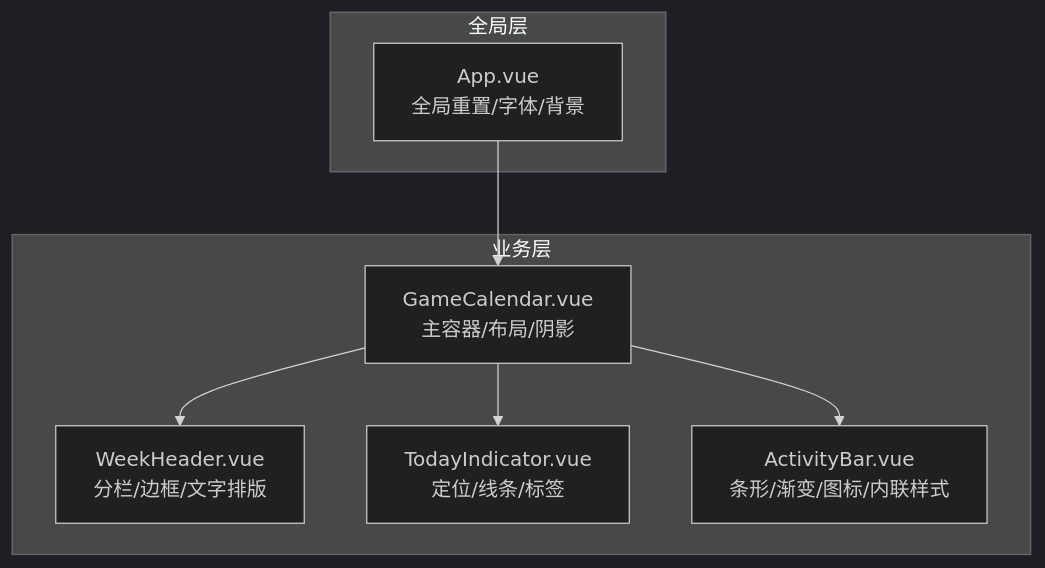
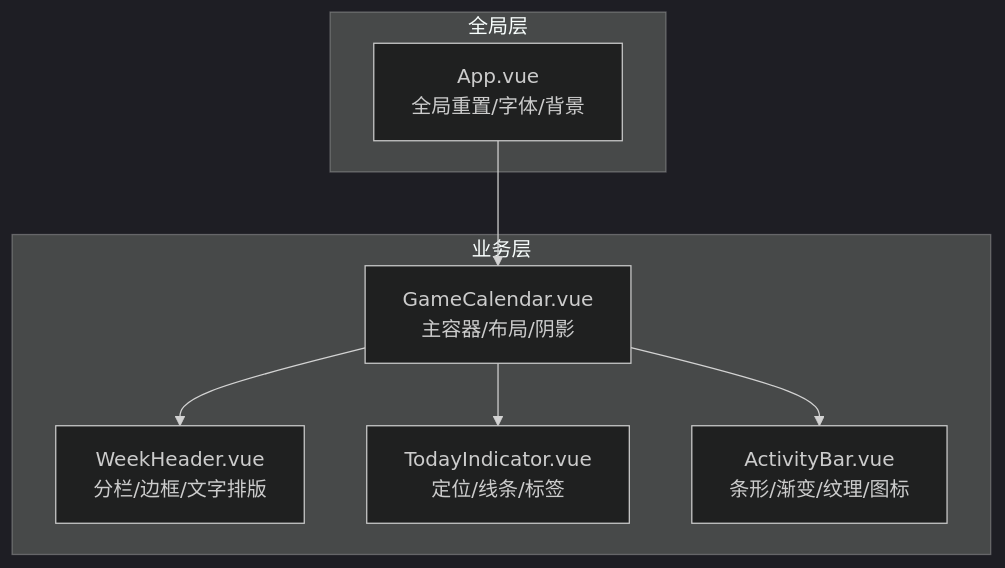
Before and after one commit to xuanyulingnfeg/gameCalendar: the second of 5 diagrams in .qoder/repowiki/zh/content/样式系统.md, drawn with Mermaid (dark theme). The commit also changed other lines of this file and 7 other files, not shown here.

````diff
--- a/.qoder/repowiki/zh/content/样式系统.md
+++ b/.qoder/repowiki/zh/content/样式系统.md
@@ -84,16 +98,16 @@
 ```mermaid
 graph TB
 subgraph "全局层"
 G1["App.vue<br/>全局重置/字体/背景"]
 end
 subgraph "业务层"
 C1["GameCalendar.vue<br/>主容器/布局/阴影"]
 C2["WeekHeader.vue<br/>分栏/边框/文字排版"]
 C3["TodayIndicator.vue<br/>定位/线条/标签"]
-C4["ActivityBar.vue<br/>条形/渐变/图标/内联样式"]
+C4["ActivityBar.vue<br/>条形/渐变/纹理/图标"]
 end
 G1 --> C1
 C1 --> C2
 C1 --> C3
 C1 --> C4
 ```
````
